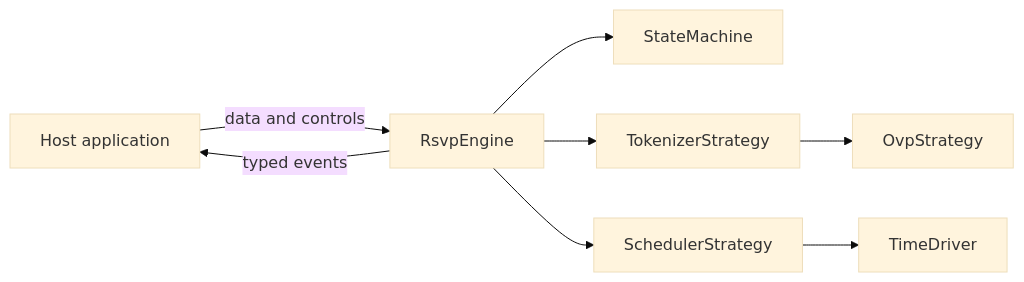
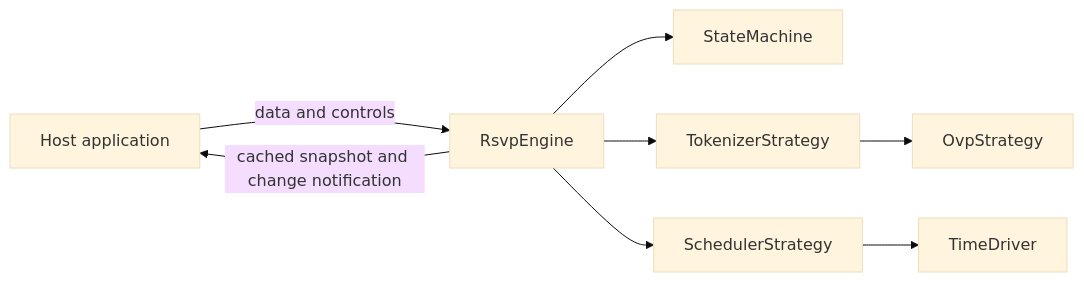
Before and after one commit to altunmustafa/rsvp-engine: the diagram in packages/core/docs/architecture/README.md, drawn with Mermaid (base theme). The commit also changed other lines of this file and 45 other files, not shown here.

````diff
--- a/packages/core/docs/architecture/README.md
+++ b/packages/core/docs/architecture/README.md
@@ -7,10 +7,10 @@
 ```mermaid
 flowchart LR
     Host["Host application"] -->|"data and controls"| Engine["RsvpEngine"]
     Engine --> State["StateMachine"]
     Engine --> Tokenizer["TokenizerStrategy"]
     Tokenizer --> OVP["OvpStrategy"]
     Engine --> Scheduler["SchedulerStrategy"]
     Scheduler --> Driver["TimeDriver"]
-    Engine -->|"typed events"| Host
+    Engine -->|"cached snapshot and change notification"| Host
 ```
````
